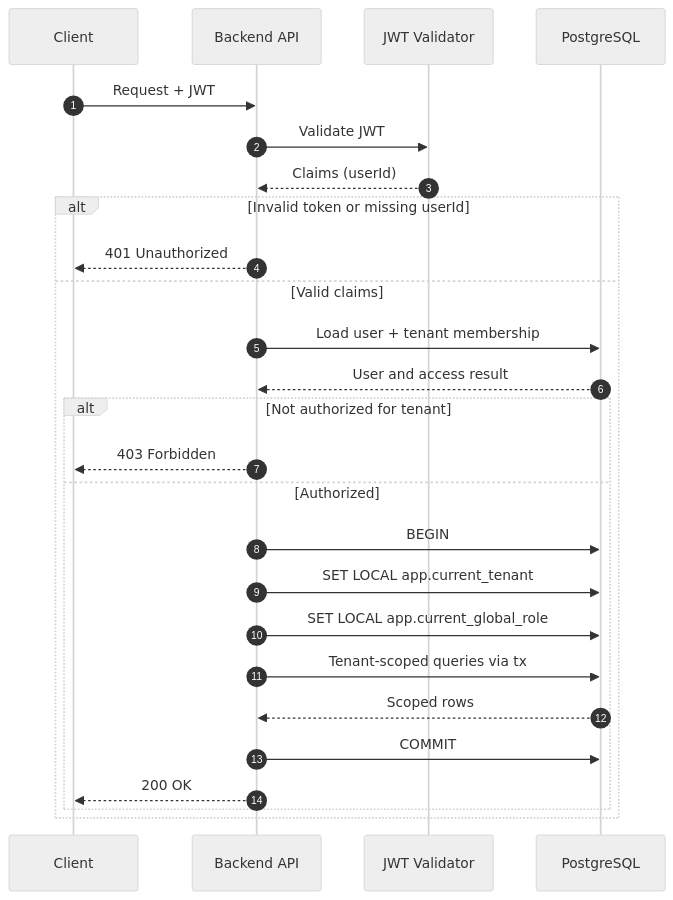
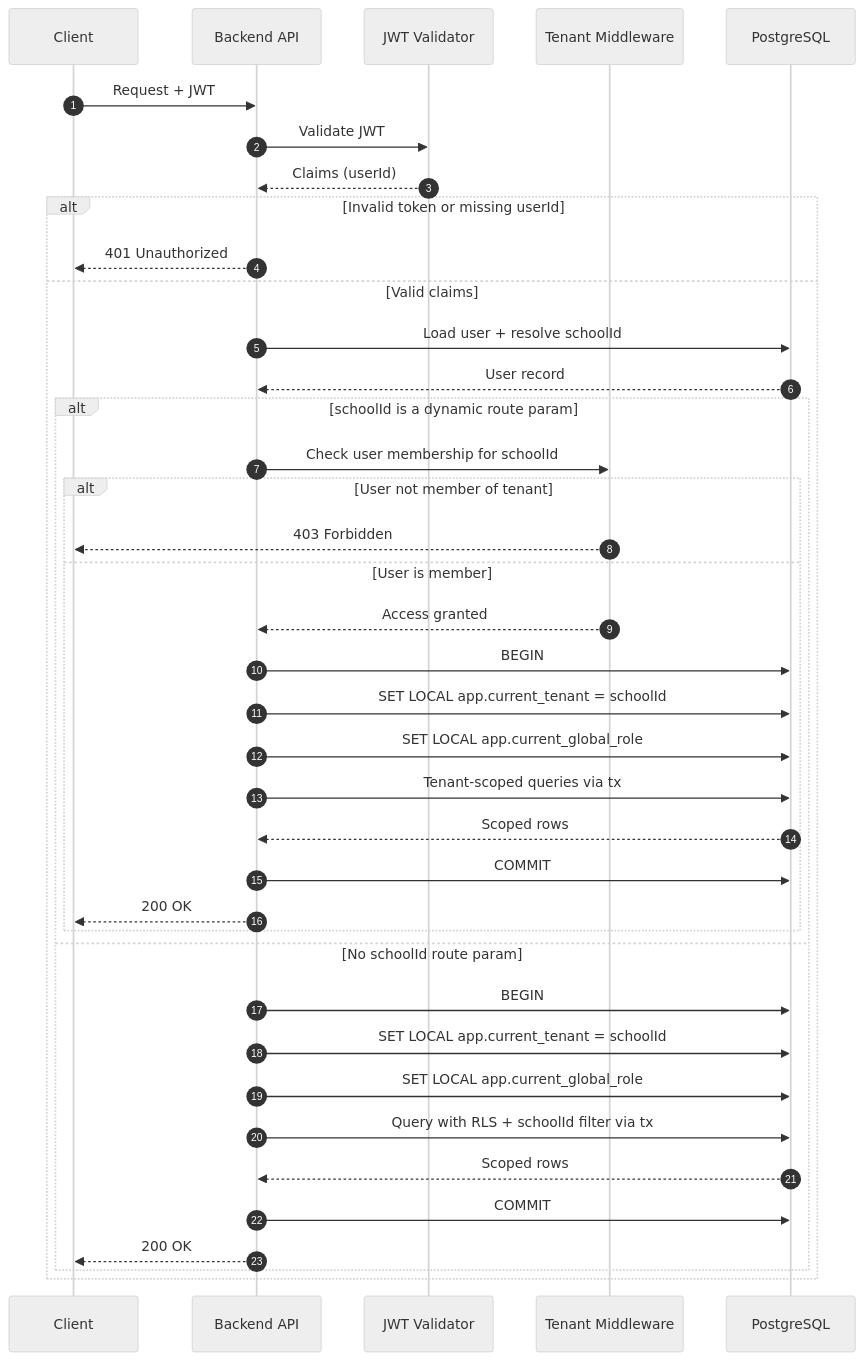
Before and after one commit to KaterynaKocheharova/Multi-tenant-architecture: the diagram in architecture-homework/docs/adr/ADR-001-tenant-resolution.md, drawn with Mermaid (neutral theme). The commit also changed other lines of this file and 9 other files, not shown here.

````diff
--- a/architecture-homework/docs/adr/ADR-001-tenant-resolution.md
+++ b/architecture-homework/docs/adr/ADR-001-tenant-resolution.md
@@ -21,31 +21,44 @@
 ```mermaid
 sequenceDiagram
 	autonumber
 	participant Client
 	participant API as Backend API
 	participant Auth as JWT Validator
+	participant MW as Tenant Middleware
 	participant DB as PostgreSQL
 
 	Client->>API: Request + JWT
 	API->>Auth: Validate JWT
 	Auth-->>API: Claims (userId)
 
 	alt Invalid token or missing userId
 		API-->>Client: 401 Unauthorized
 	else Valid claims
-		API->>DB: Load user + tenant membership
-		DB-->>API: User and access result
+		API->>DB: Load user + resolve schoolId
+		DB-->>API: User record
 
-		alt Not authorized for tenant
-			API-->>Client: 403 Forbidden
-		else Authorized
+		alt schoolId is a dynamic route param
+			API->>MW: Check user membership for schoolId
+			alt User not member of tenant
+				MW-->>Client: 403 Forbidden
+			else User is member
+				MW-->>API: Access granted
+				API->>DB: BEGIN
+				API->>DB: SET LOCAL app.current_tenant = schoolId
+				API->>DB: SET LOCAL app.current_global_role
+				API->>DB: Tenant-scoped queries via tx
+				DB-->>API: Scoped rows
+				API->>DB: COMMIT
+				API-->>Client: 200 OK
+			end
+		else No schoolId route param
 			API->>DB: BEGIN
-			API->>DB: SET LOCAL app.current_tenant
+			API->>DB: SET LOCAL app.current_tenant = schoolId
 			API->>DB: SET LOCAL app.current_global_role
-			API->>DB: Tenant-scoped queries via tx
+			API->>DB: Query with RLS + schoolId filter via tx
 			DB-->>API: Scoped rows
 			API->>DB: COMMIT
 			API-->>Client: 200 OK
 		end
 	end
 ```
````
